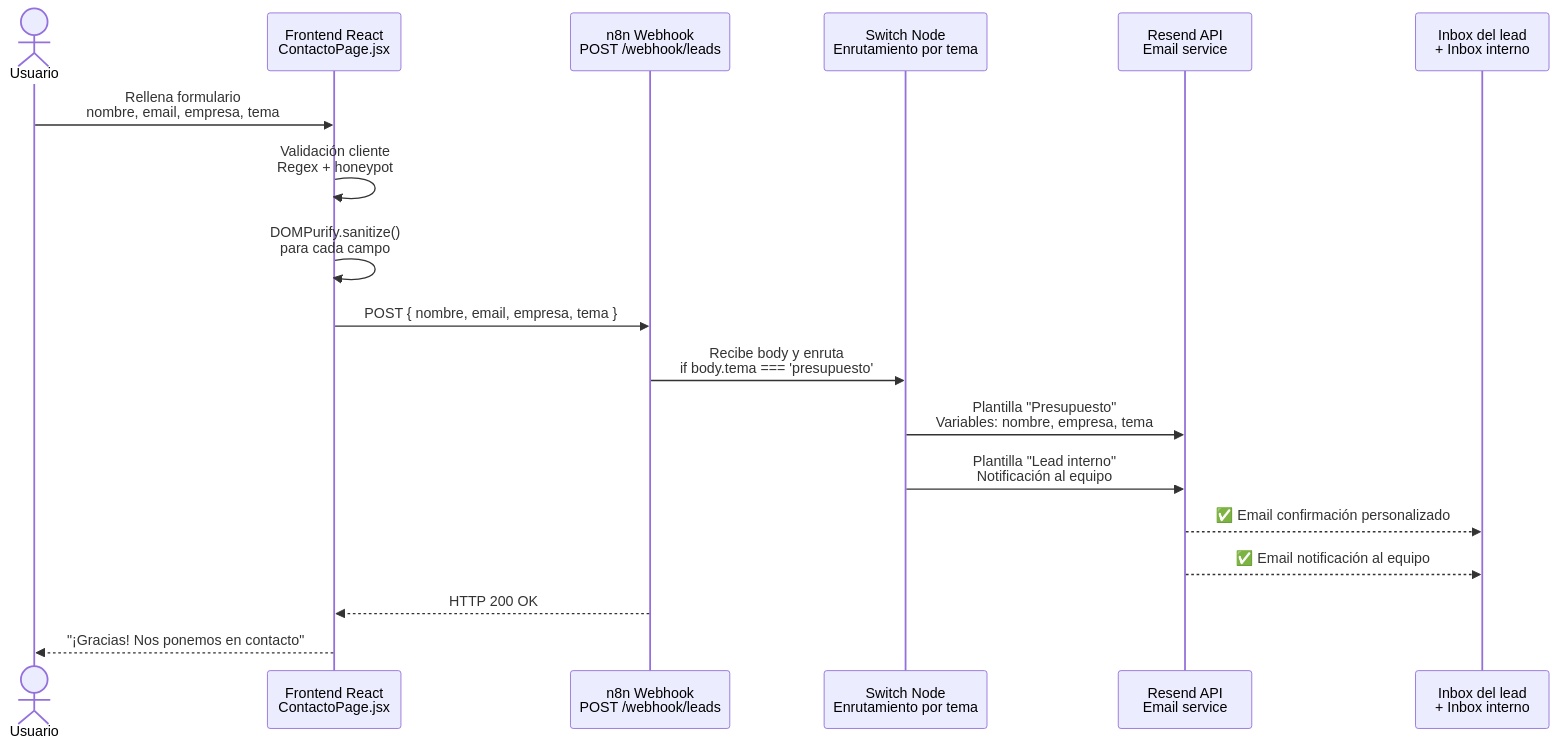
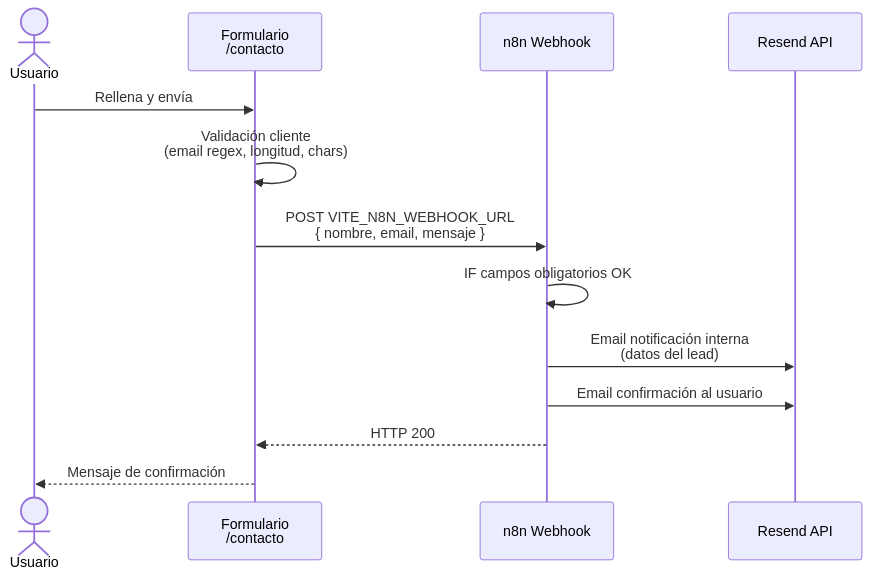
The second of 7 diagrams in DOCUMENTO_TECNICO_COMPLETO.md (Sindy138/swift-studio-ecosystem), drawn with Mermaid before and after one commit. The commit also changed other lines of this file, not shown here.

````diff
--- a/DOCUMENTO_TECNICO_COMPLETO.md
+++ b/DOCUMENTO_TECNICO_COMPLETO.md
@@ -217,25 +105,16 @@
 ```mermaid
 sequenceDiagram
-    actor U as Usuario
-    participant FE as Frontend React<br/>ContactoPage.jsx
-    participant N8N as n8n Webhook<br/>POST /webhook/leads
-    participant SWITCH as Switch Node<br/>Enrutamiento por tema
-    participant RESEND as Resend API<br/>Email service
-    participant INBOX as Inbox del lead<br/>+ Inbox interno
+    actor Usuario
+    participant Form as Formulario<br/>/contacto
+    participant N8N as n8n Webhook
+    participant Resend as Resend API
 
-    U->>FE: Rellena formulario<br/>nombre, email, empresa, tema
-    FE->>FE: Validación cliente<br/>Regex + honeypot
-    FE->>FE: DOMPurify.sanitize()<br/>para cada campo
-    FE->>N8N: POST { nombre, email, empresa, tema }
-
-    N8N->>SWITCH: Recibe body y enruta<br/>if body.tema === 'presupuesto'
-
-    SWITCH->>RESEND: Plantilla "Presupuesto"<br/>Variables: nombre, empresa, tema
-    SWITCH->>RESEND: Plantilla "Lead interno"<br/>Notificación al equipo
-
-    RESEND-->>INBOX: ✅ Email confirmación personalizado
-    RESEND-->>INBOX: ✅ Email notificación al equipo
-
-    N8N-->>FE: HTTP 200 OK
-    FE-->>U: "¡Gracias! Nos ponemos en contacto"
+    Usuario->>Form: Rellena y envía
+    Form->>Form: Validación cliente<br/>(email regex, longitud, chars)
+    Form->>N8N: POST VITE_N8N_WEBHOOK_URL<br/>{ nombre, email, mensaje }
+    N8N->>N8N: IF campos obligatorios OK
+    N8N->>Resend: Email notificación interna<br/>(datos del lead)
+    N8N->>Resend: Email confirmación al usuario
+    N8N-->>Form: HTTP 200
+    Form-->>Usuario: Mensaje de confirmación
 ```
````
